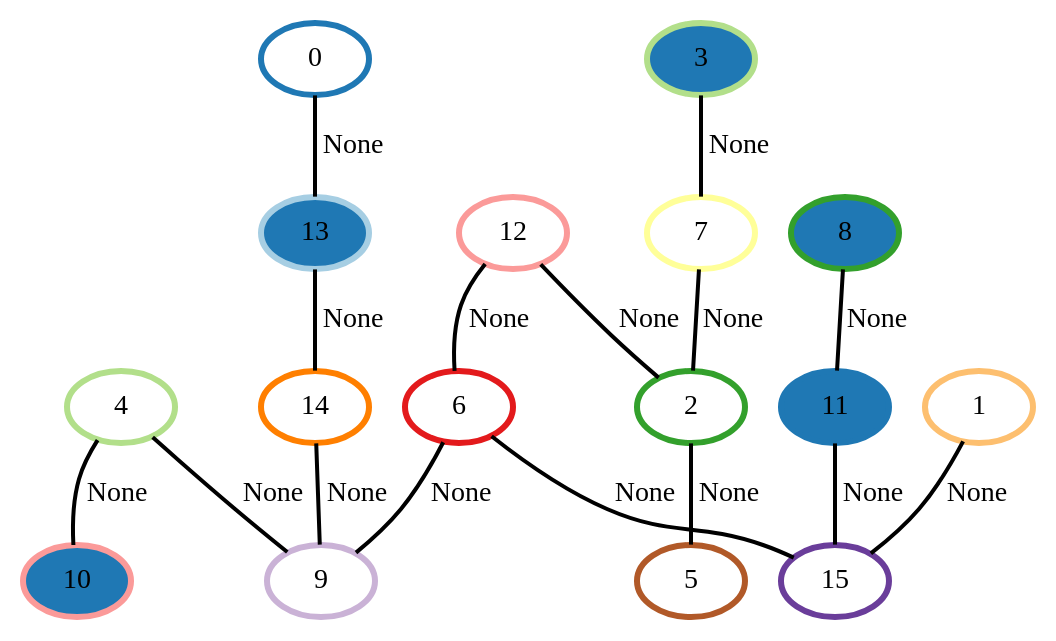
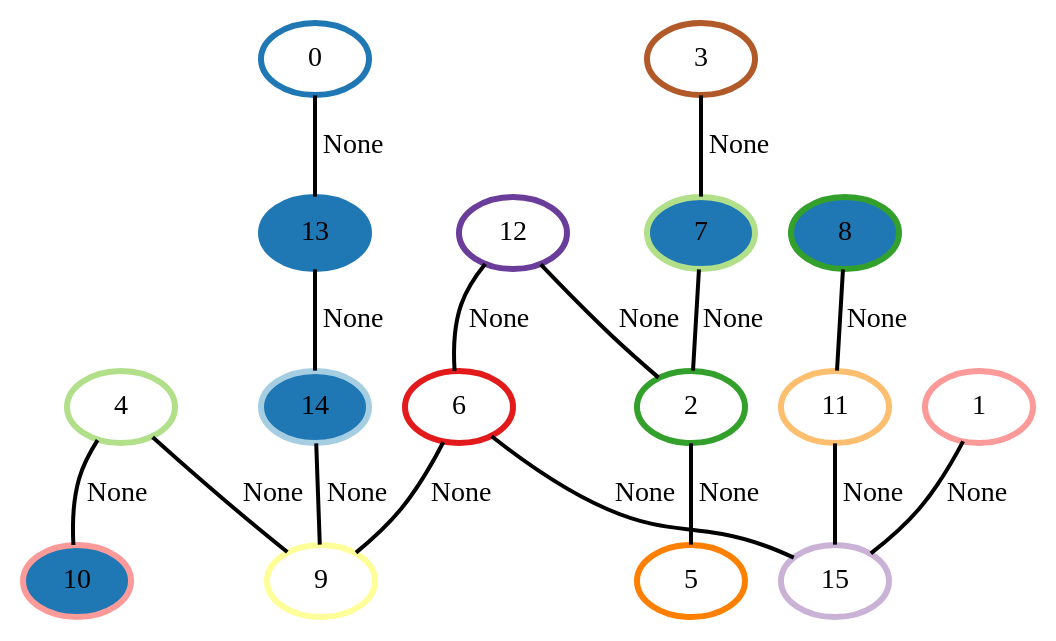
Before and after one commit to Alex314-dev/graphisomorphism: the diagram in Colored/colorref_smallexample_4_16-3.dot, drawn with Graphviz. The commit also changed 25 other files, not shown here.

```diff
--- a/Colored/colorref_smallexample_4_16-3.dot
+++ b/Colored/colorref_smallexample_4_16-3.dot
@@ -1,34 +1,34 @@
 graph G {
     0 [penwidth=3,label="0",color=2, colorscheme=paired12]
-    1 [penwidth=3,label="1",color=7, colorscheme=paired12]
+    1 [penwidth=3,label="1",color=5, colorscheme=paired12]
     2 [penwidth=3,label="2",color=4, colorscheme=paired12]
-    3 [penwidth=3,label="3",color=3, colorscheme=paired12,style=filled,fillcolor=2]
+    3 [penwidth=3,label="3",color=12, colorscheme=paired12]
     4 [penwidth=3,label="4",color=3, colorscheme=paired12]
-    5 [penwidth=3,label="5",color=12, colorscheme=paired12]
+    5 [penwidth=3,label="5",color=8, colorscheme=paired12]
     6 [penwidth=3,label="6",color=6, colorscheme=paired12]
-    7 [penwidth=3,label="7",color=11, colorscheme=paired12]
+    7 [penwidth=3,label="7",color=3, colorscheme=paired12,style=filled,fillcolor=2]
     8 [penwidth=3,label="8",color=4, colorscheme=paired12,style=filled,fillcolor=2]
-    9 [penwidth=3,label="9",color=9, colorscheme=paired12]
+    9 [penwidth=3,label="9",color=11, colorscheme=paired12]
     10 [penwidth=3,label="10",color=5, colorscheme=paired12,style=filled,fillcolor=2]
-    11 [penwidth=3,label="11",color=2, colorscheme=paired12,style=filled,fillcolor=2]
-    12 [penwidth=3,label="12",color=5, colorscheme=paired12]
-    13 [penwidth=3,label="13",color=1, colorscheme=paired12,style=filled,fillcolor=2]
-    14 [penwidth=3,label="14",color=8, colorscheme=paired12]
-    15 [penwidth=3,label="15",color=10, colorscheme=paired12]
+    11 [penwidth=3,label="11",color=7, colorscheme=paired12]
+    12 [penwidth=3,label="12",color=10, colorscheme=paired12]
+    13 [penwidth=3,label="13",color=2, colorscheme=paired12,style=filled,fillcolor=2]
+    14 [penwidth=3,label="14",color=1, colorscheme=paired12,style=filled,fillcolor=2]
+    15 [penwidth=3,label="15",color=9, colorscheme=paired12]
 
     0--13 [penwidth=2,label="None"]
     1--15 [penwidth=2,label="None"]
     12--6 [penwidth=2,label="None"]
     2--5 [penwidth=2,label="None"]
     13--14 [penwidth=2,label="None"]
     3--7 [penwidth=2,label="None"]
     12--2 [penwidth=2,label="None"]
     14--9 [penwidth=2,label="None"]
     8--11 [penwidth=2,label="None"]
     6--9 [penwidth=2,label="None"]
     11--15 [penwidth=2,label="None"]
     4--10 [penwidth=2,label="None"]
     6--15 [penwidth=2,label="None"]
     4--9 [penwidth=2,label="None"]
     7--2 [penwidth=2,label="None"]
 }
```
